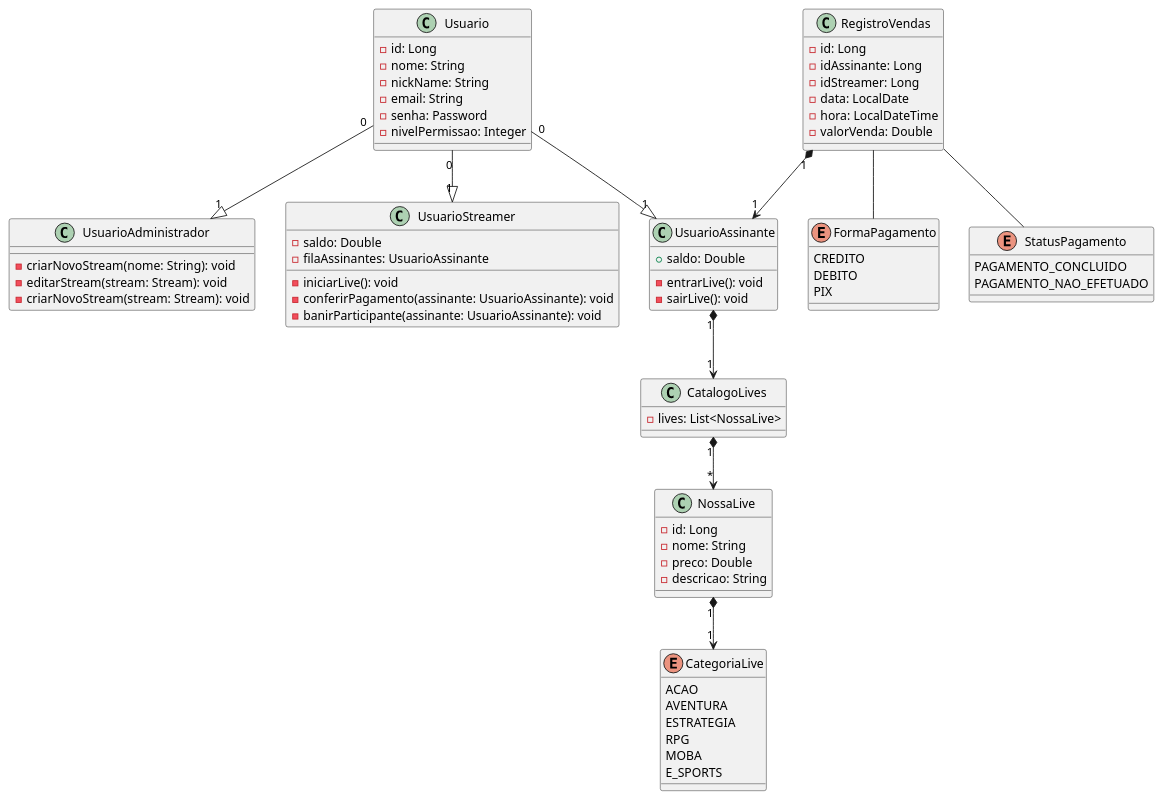
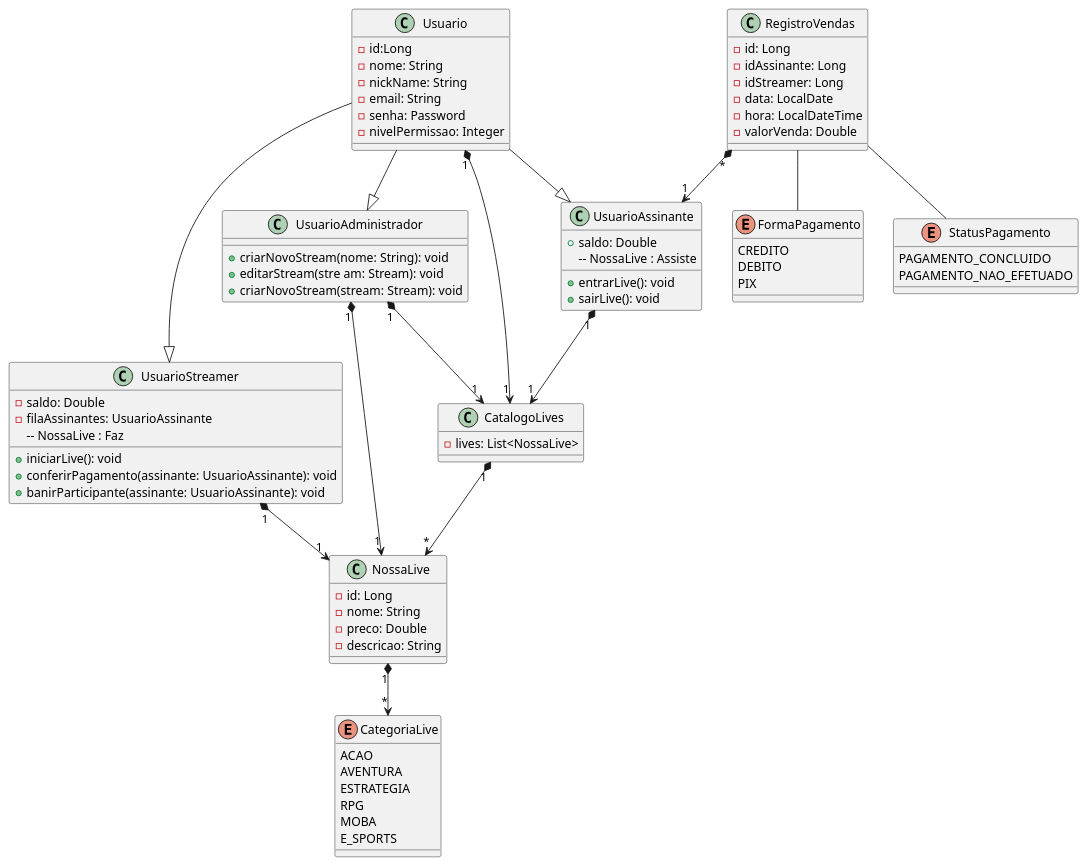
Before and after one commit to JoaoIto/Stream-Topicos: the diagram in stream.puml, drawn with PlantUML.

Commit message:
add novos relacionamentos entre as vclasses

```diff
--- a/stream.puml
+++ b/stream.puml
@@ -1,82 +1,87 @@
 @startuml
 
 class Usuario {
-  - id: Long
+  - id:Long
   - nome: String
   - nickName: String
   - email: String
   - senha: Password
   - nivelPermissao: Integer
 }
 
 class UsuarioAdministrador {
-  - criarNovoStream(nome: String): void
-  - editarStream(stream: Stream): void
-  - criarNovoStream(stream: Stream): void
+  + criarNovoStream(nome: String): void
+  + editarStream(stre am: Stream): void
+  + criarNovoStream(stream: Stream): void
 }
 
 class UsuarioStreamer {
   - saldo: Double
   - filaAssinantes: UsuarioAssinante
-  - iniciarLive(): void
-  - conferirPagamento(assinante: UsuarioAssinante): void
-  - banirParticipante(assinante: UsuarioAssinante): void
+  + iniciarLive(): void
+  + conferirPagamento(assinante: UsuarioAssinante): void
+  + banirParticipante(assinante: UsuarioAssinante): void
+  -- NossaLive : Faz
 }
 
 class UsuarioAssinante {
   + saldo: Double
-  - entrarLive(): void
-  - sairLive(): void
+  + entrarLive(): void
+  + sairLive(): void
+  -- NossaLive : Assiste
 }
 
 class NossaLive {
   - id: Long
   - nome: String
   - preco: Double
   - descricao: String
 }
 
 class CatalogoLives {
   - lives: List<NossaLive>
 }
 
 class RegistroVendas {
   - id: Long
   - idAssinante: Long
   - idStreamer: Long
   - data: LocalDate
   - hora: LocalDateTime
   - valorVenda: Double
 }
 
 enum FormaPagamento {
   CREDITO
   DEBITO
   PIX
 }
 
 enum StatusPagamento {
   PAGAMENTO_CONCLUIDO
   PAGAMENTO_NAO_EFETUADO
 }
 
 enum CategoriaLive {
   ACAO
   AVENTURA
   ESTRATEGIA
   RPG
   MOBA
   E_SPORTS
 }
 
-Usuario "0" --|> "1" UsuarioAdministrador
-Usuario "0" --|> "1" UsuarioStreamer
-Usuario "0" --|> "1" UsuarioAssinante
+Usuario --|> UsuarioAdministrador
+Usuario --|> UsuarioStreamer
+Usuario --|> UsuarioAssinante
 RegistroVendas -- FormaPagamento
 RegistroVendas -- StatusPagamento
-RegistroVendas "1" *-down-> "1" UsuarioAssinante
+RegistroVendas "*" *-down-> "1" UsuarioAssinante
 UsuarioAssinante "1" *-down-> "1" CatalogoLives
 CatalogoLives "1" *-down-> "*" NossaLive
-NossaLive "1" *-down-> "1" CategoriaLive
-
+NossaLive "1" *-down-> "*" CategoriaLive
+UsuarioAdministrador "1" *-down-> "1" CatalogoLives
+UsuarioAdministrador "1" *-down-> "1" NossaLive
+UsuarioStreamer "1" *-down-> "1" NossaLive
+Usuario "1" *-down-> "1" CatalogoLives
 @enduml
```
